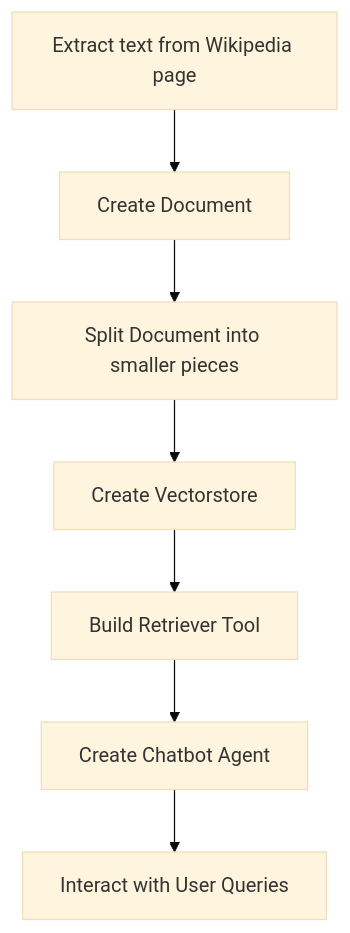
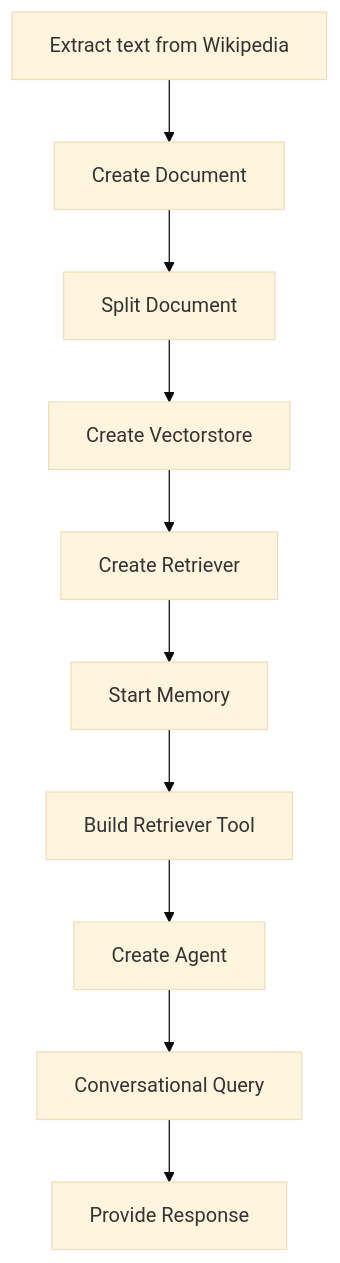
The diagram in conversational_website/README.md (Patotricks15/Generative-AI-projects), drawn with Mermaid (base theme) before and after one commit. The commit also changed other lines of this file and 22 other files, not shown here.

````diff
--- a/conversational_website/README.md
+++ b/conversational_website/README.md
@@ -14,9 +11,12 @@
 ```mermaid
 flowchart TD
-A[Extract text from Wikipedia page] --> B[Create Document]
-B --> C[Split Document into smaller pieces]
+A[Extract text from Wikipedia] --> B[Create Document]
+B --> C[Split Document]
 C --> D[Create Vectorstore]
-D --> E[Build Retriever Tool]
-E --> F[Create Chatbot Agent]
-F --> G[Interact with User Queries]
+D --> E[Create Retriever]
+E --> F[Start Memory]
+F --> G[Build Retriever Tool]
+G --> H[Create Agent]
+H --> I[Conversational Query]
+I --> J[Provide Response]
 ```
````
